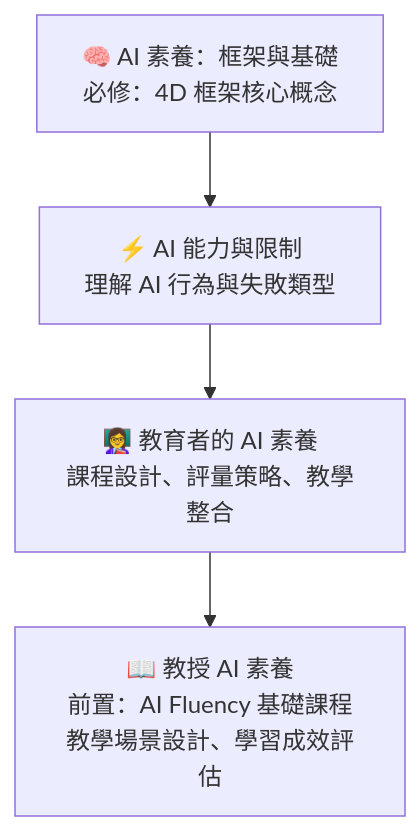
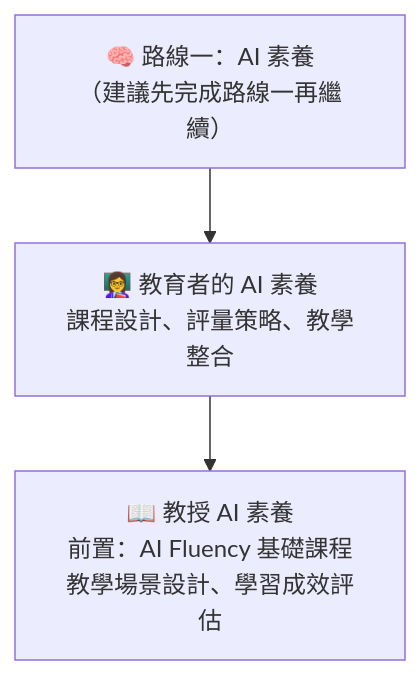
Before and after one commit to L1247/Anthropic-Academy-Chinese: the fourth of 5 diagrams in docs/roadmap.md, drawn with Mermaid. The commit also changed other lines of this file, not shown here.

````diff
--- a/docs/roadmap.md
+++ b/docs/roadmap.md
@@ -62,7 +88,6 @@
 ```mermaid
 flowchart TD
-    A["🧠 AI 素養：框架與基礎<br/>必修：4D 框架核心概念"] --> B
-    B["⚡ AI 能力與限制<br/>理解 AI 行為與失敗類型"] --> C
-    C["👩‍🏫 教育者的 AI 素養<br/>課程設計、評量策略、教學整合"] --> D
-    D["📖 教授 AI 素養<br/>前置：AI Fluency 基礎課程<br/>教學場景設計、學習成效評估"]
+    A["🧠 路線一：AI 素養<br/>（建議先完成路線一再繼續）"] --> B
+    B["👩‍🏫 教育者的 AI 素養<br/>課程設計、評量策略、教學整合"] --> C
+    C["📖 教授 AI 素養<br/>前置：AI Fluency 基礎課程<br/>教學場景設計、學習成效評估"]
 ```
````
